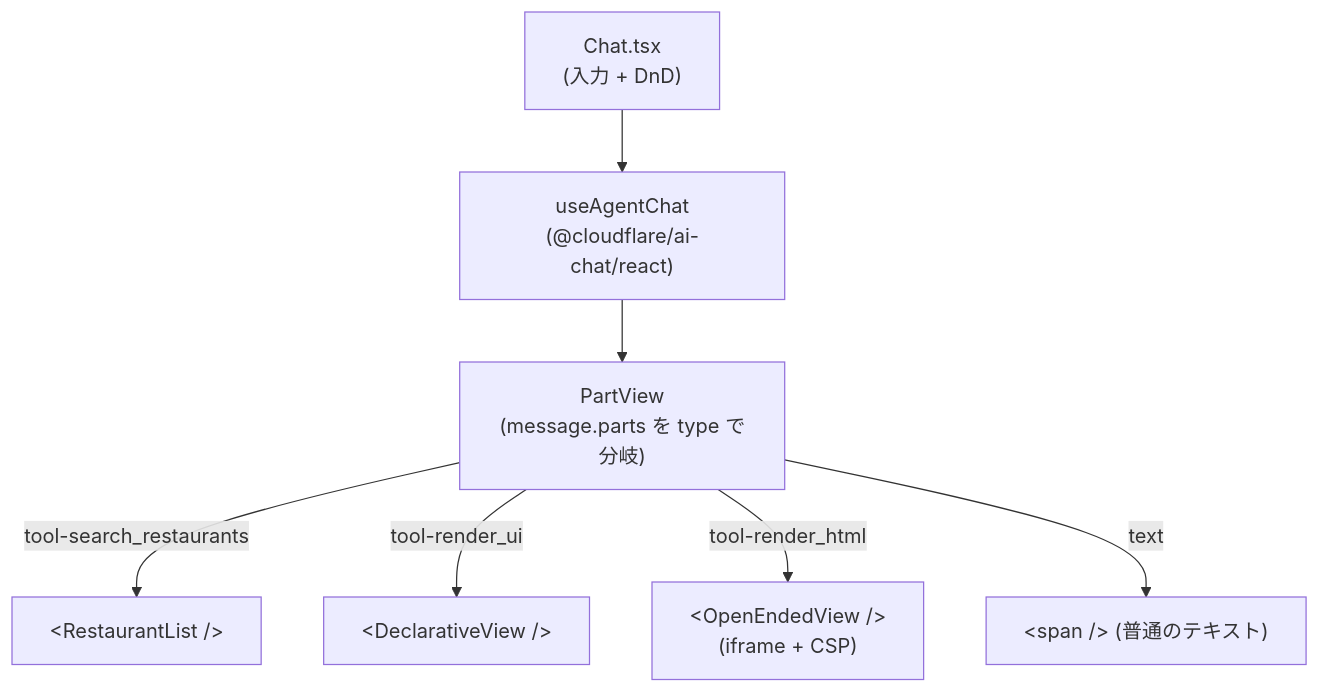
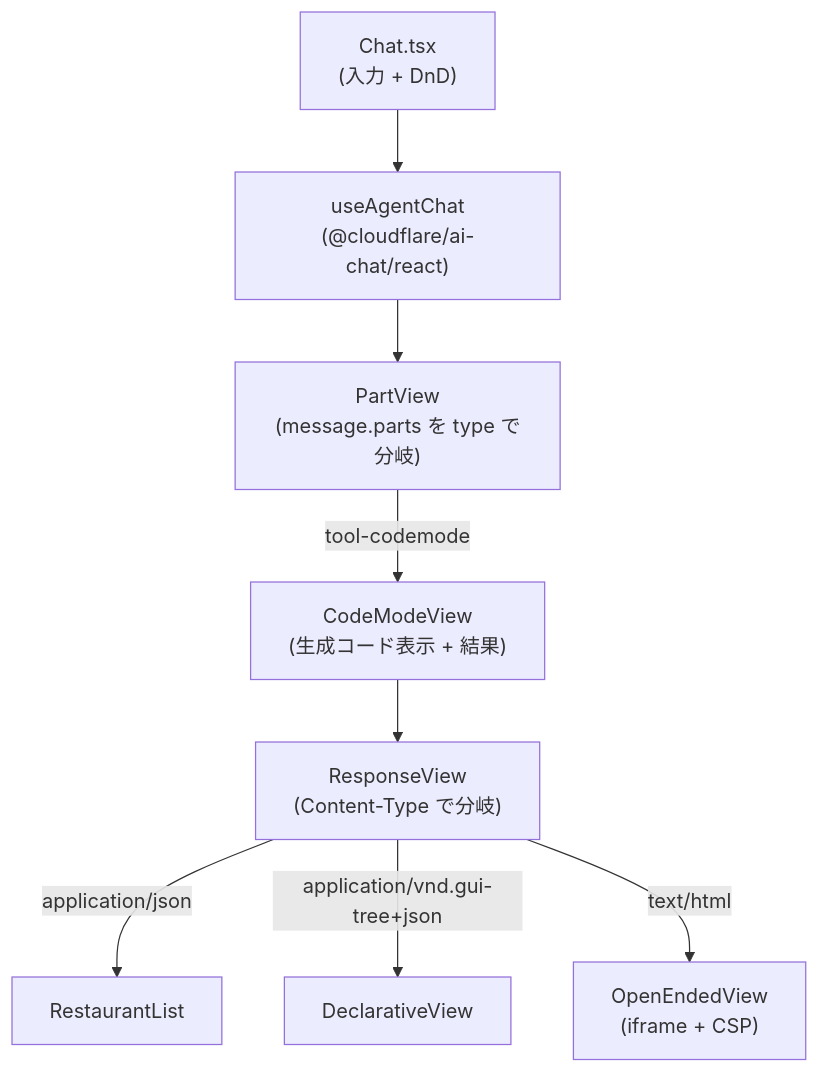
One commit to yusukebe/generative-ui-playground changed the second of 5 diagrams in README.md. Above: the diagram before and after it, drawn with Mermaid. The commit also changed other lines of this file and 11 other files, not shown here.

First line of the commit message:
refactor: Code Mode + Dynamic Worker + React に統一、ModeSelector 撤去

````diff
--- a/README.md
+++ b/README.md
@@ -63,10 +81,10 @@
 ```mermaid
 flowchart TB
   Chat["Chat.tsx<br/>(入力 + DnD)"] --> Hook["useAgentChat<br/>(@cloudflare/ai-chat/react)"]
   Hook --> PartView["PartView<br/>(message.parts を type で分岐)"]
-
-  PartView -->|tool-search_restaurants| RList["&lt;RestaurantList /&gt;"]
-  PartView -->|tool-render_ui| DView["&lt;DeclarativeView /&gt;"]
-  PartView -->|tool-render_html| OEView["&lt;OpenEndedView /&gt;<br/>(iframe + CSP)"]
-  PartView -->|text| Text["&lt;span /&gt; (普通のテキスト)"]
+  PartView -->|tool-codemode| CMV["CodeModeView<br/>(生成コード表示 + 結果)"]
+  CMV --> RV["ResponseView<br/>(Content-Type で分岐)"]
+  RV -->|application/json| RL["RestaurantList"]
+  RV -->|application/vnd.gui-tree+json| DV["DeclarativeView"]
+  RV -->|text/html| OEV["OpenEndedView<br/>(iframe + CSP)"]
 ```
````
